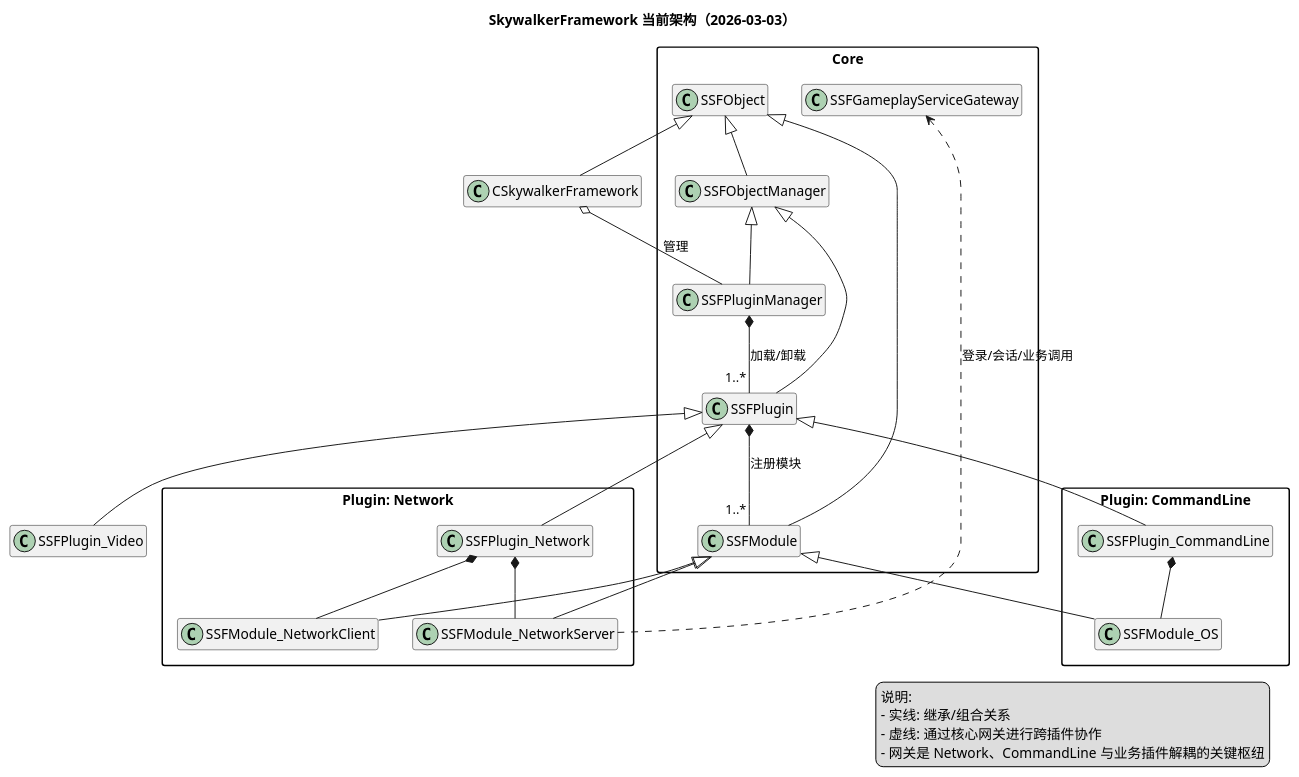
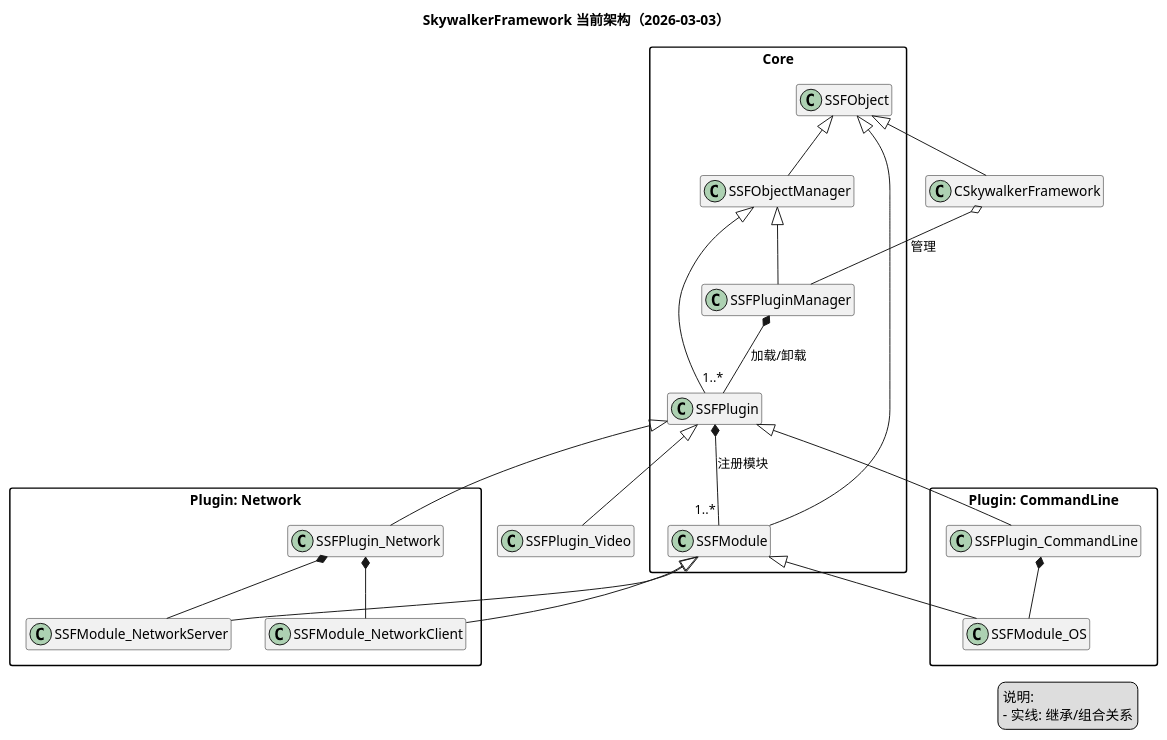
One commit to xcyh410713847/SkywalkerGameServer changed the diagram in SkywalkerFramework/SkywalkerFramework.plantuml. Above: the diagram before and after it, drawn with PlantUML. The commit also changed 5 other files, not shown here.

Commit message:
refactor: 删除 SFGameplayServiceGateway 及相关引用

```diff
--- a/SkywalkerFramework/SkywalkerFramework.plantuml
+++ b/SkywalkerFramework/SkywalkerFramework.plantuml
@@ -1,63 +1,57 @@
 @startuml SkywalkerFramework
 
 title SkywalkerFramework 当前架构（2026-03-03）
 
 skinparam classAttributeIconSize 0
 skinparam packageStyle rectangle
 hide empty members
 
 package "Core" {
 	class SSFObject
 	class SSFObjectManager
 	class SSFModule
 	class SSFPlugin
 	class SSFPluginManager
-class SSFGameplayServiceGateway {
-}
 }
 
 class CSkywalkerFramework
 
 SSFObject <|-- CSkywalkerFramework
 SSFObject <|-- SSFObjectManager
 SSFObject <|-- SSFModule
 SSFObjectManager <|-- SSFPlugin
 SSFObjectManager <|-- SSFPluginManager
 
 CSkywalkerFramework o-- SSFPluginManager : 管理
 SSFPluginManager *-- "1..*" SSFPlugin : 加载/卸载
 SSFPlugin *-- "1..*" SSFModule : 注册模块
 
 package "Plugin: Network" {
 	class SSFPlugin_Network
 	class SSFModule_NetworkServer
 	class SSFModule_NetworkClient
 }
 
 package "Plugin: CommandLine" {
 	class SSFPlugin_CommandLine
 	class SSFModule_OS
 }
 
 SSFPlugin <|-- SSFPlugin_Network
 SSFPlugin <|-- SSFPlugin_CommandLine
 SSFPlugin <|-- SSFPlugin_Video
 
 SSFModule <|-- SSFModule_NetworkServer
 SSFModule <|-- SSFModule_NetworkClient
 SSFModule <|-- SSFModule_OS
 
 SSFPlugin_Network *-- SSFModule_NetworkServer
 SSFPlugin_Network *-- SSFModule_NetworkClient
 SSFPlugin_CommandLine *-- SSFModule_OS
 
-SSFModule_NetworkServer ..> SSFGameplayServiceGateway : 登录/会话/业务调用
-
 legend right
   说明:
   - 实线: 继承/组合关系
-  - 虚线: 通过核心网关进行跨插件协作
-  - 网关是 Network、CommandLine 与业务插件解耦的关键枢纽
 endlegend
 
 @enduml
```
